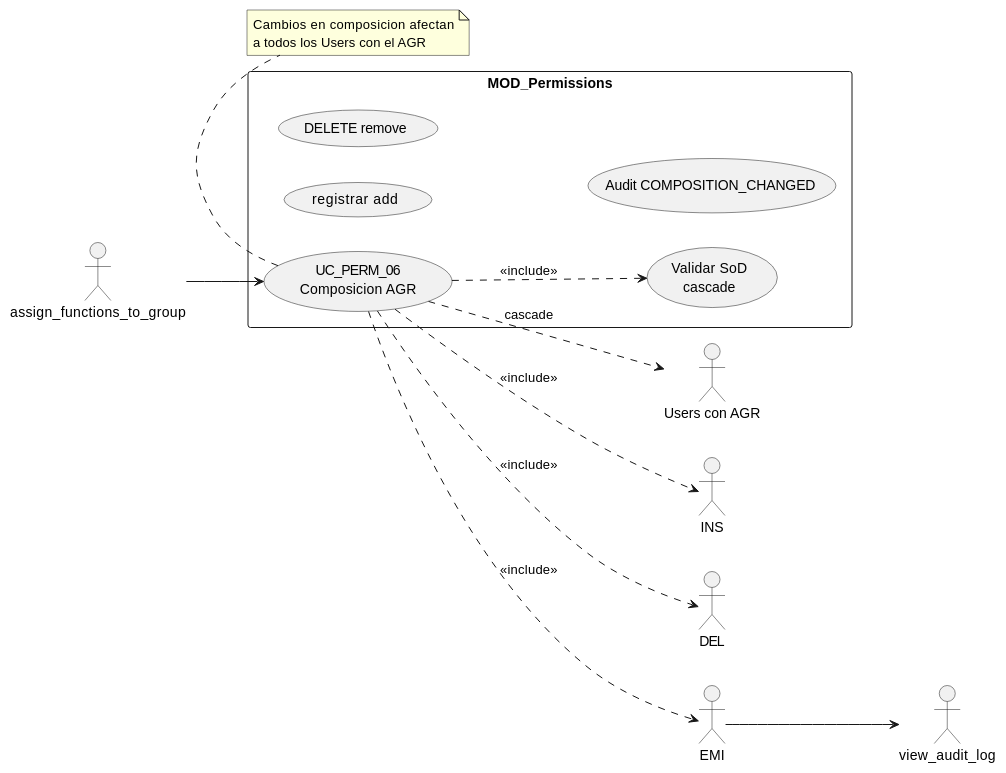
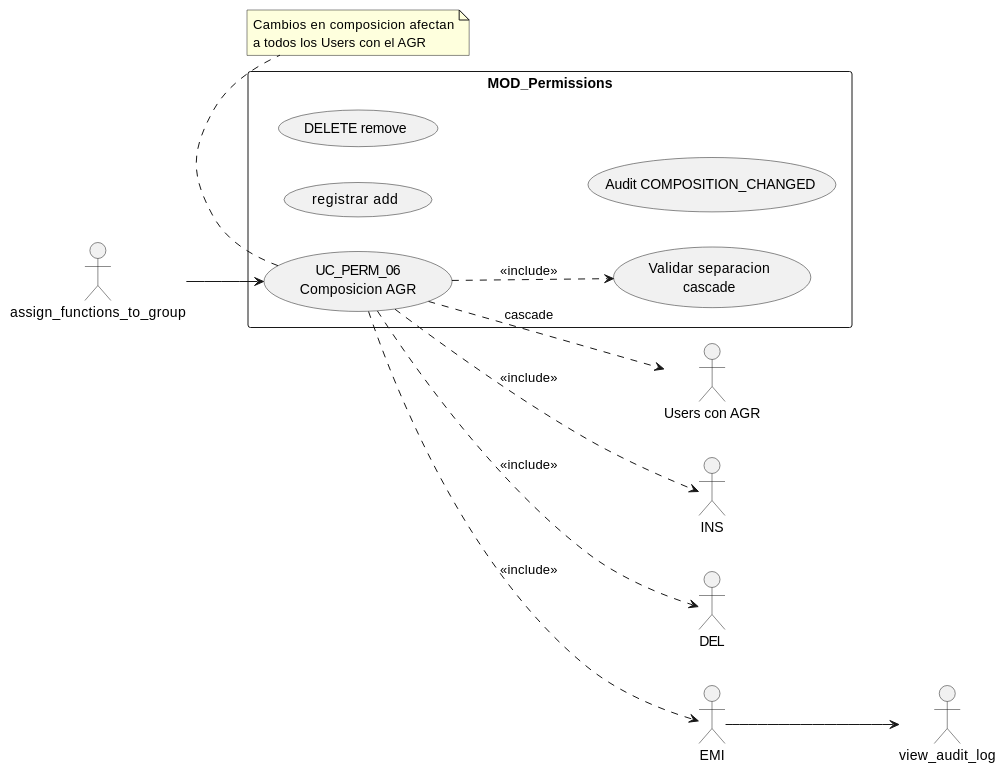
Before and after one commit to jcg-admin/IACT-docs: the diagram in source/requisitos/casos-uso/permissions/uc-perm-06/diagramas-uml/diagrama-de-caso-de-uso.rst, drawn with PlantUML. The commit also changed 148 other files, not shown here.

```diff
--- a/source/requisitos/casos-uso/permissions/uc-perm-06/diagramas-uml/diagrama-de-caso-de-uso.rst
+++ b/source/requisitos/casos-uso/permissions/uc-perm-06/diagramas-uml/diagrama-de-caso-de-uso.rst
@@ -4,32 +4,32 @@
 .. uml::
  :caption: UC_PERM_06 — composicion AGR
 
  @startuml
  left to right direction
 
  actor "assign_functions_to_group" as assign_functions_to_group
  actor "Users con AGR" as REPOSITORIO_USUARIOS
  actor "view_audit_log" as view_audit_log
 
  rectangle "MOD_Permissions" {
    usecase "UC_PERM_06\nComposicion AGR" as UC_PERM_06
-   usecase "Validar SoD\ncascade" as VALIDAR_SOD
+   usecase "Validar separacion\ncascade" as VALIDAR_SEPARATION_RULES
    usecase "registrar add" as RegistrarDatos
    usecase "DELETE remove" as EliminarRegistro
    usecase "Audit COMPOSITION_CHANGED" as AuditEmitter
  }
 
  assign_functions_to_group --> UC_PERM_06
- UC_PERM_06 ..> VALIDAR_SOD : <<include>>
+ UC_PERM_06 ..> VALIDAR_SEPARATION_RULES : <<include>>
  UC_PERM_06 ..> INS : <<include>>
  UC_PERM_06 ..> DEL : <<include>>
  UC_PERM_06 ..> EMI : <<include>>
  UC_PERM_06 ..> REPOSITORIO_USUARIOS : cascade
  EMI --> view_audit_log
 
  note bottom of UC_PERM_06
    Cambios en composicion afectan
    a todos los Users con el AGR
  end note
 
  @enduml
```
